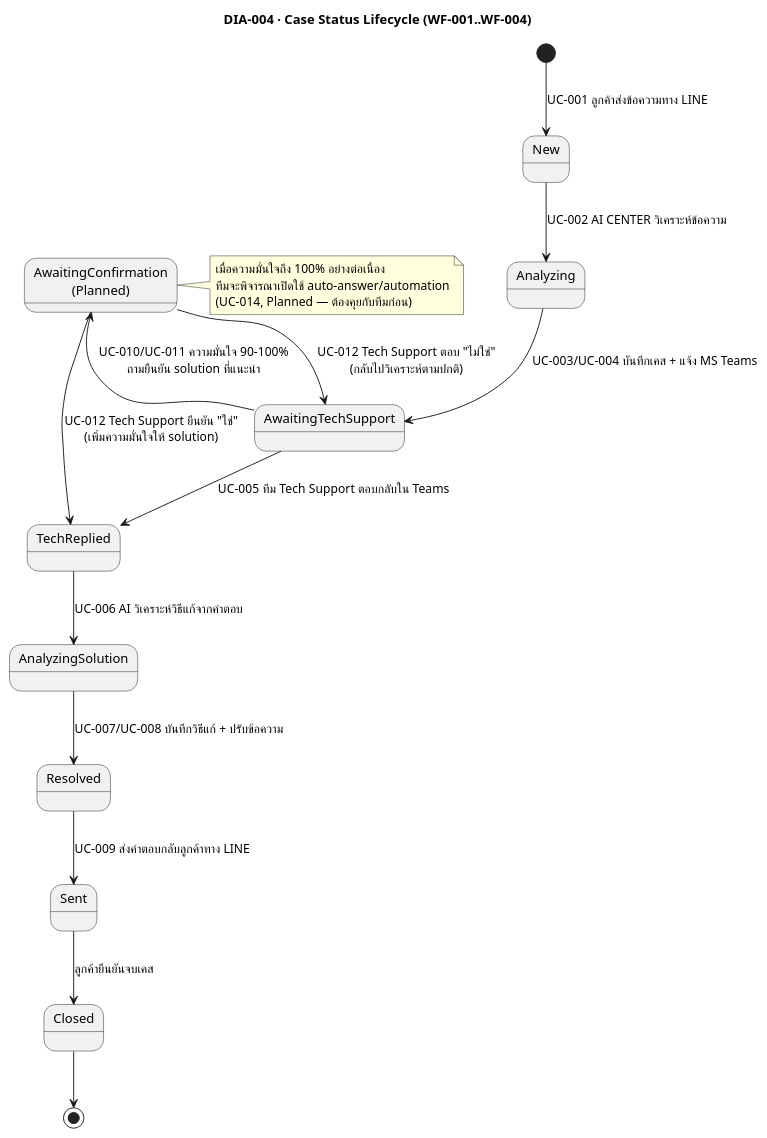
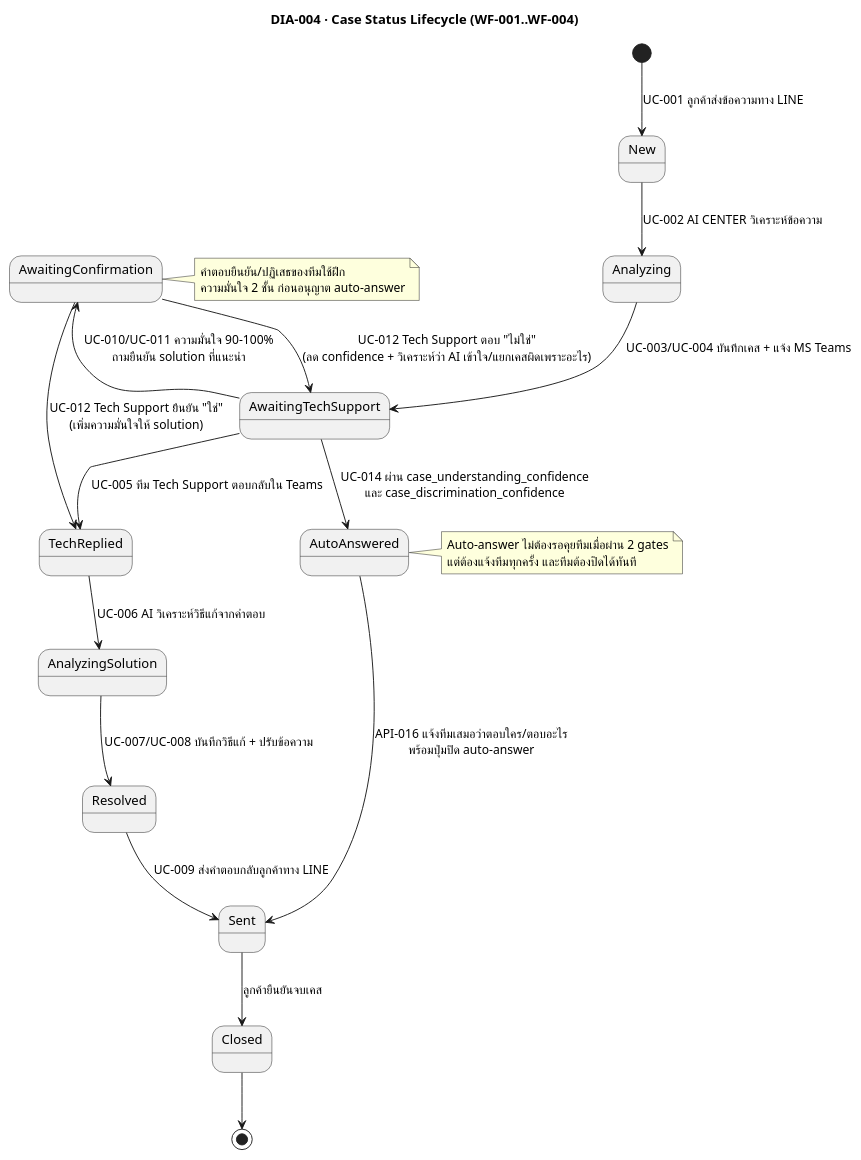
Before and after one commit to develyst1/the-off-ml-project-requirement: the diagram in diagrams/04-case-status-state.puml, drawn with PlantUML. The commit also changed 7 other files, not shown here.

First line of the commit message:
Enhance auto-answer functionality and update documentation

```diff
--- a/diagrams/04-case-status-state.puml
+++ b/diagrams/04-case-status-state.puml
@@ -1,29 +1,36 @@
 @startuml 04-case-status-state
 title DIA-004 · Case Status Lifecycle (WF-001..WF-004)
 skinparam shadowing false
 
 [*] --> New : UC-001 ลูกค้าส่งข้อความทาง LINE
 
 New --> Analyzing : UC-002 AI CENTER วิเคราะห์ข้อความ
 Analyzing --> AwaitingTechSupport : UC-003/UC-004 บันทึกเคส + แจ้ง MS Teams
 
 AwaitingTechSupport --> TechReplied : UC-005 ทีม Tech Support ตอบกลับใน Teams
 TechReplied --> AnalyzingSolution : UC-006 AI วิเคราะห์วิธีแก้จากคำตอบ
 AnalyzingSolution --> Resolved : UC-007/UC-008 บันทึกวิธีแก้ + ปรับข้อความ
 Resolved --> Sent : UC-009 ส่งคำตอบกลับลูกค้าทาง LINE
 Sent --> Closed : ลูกค้ายืนยันจบเคส
 
-state "AwaitingConfirmation\n(Planned)" as AwaitingConfirmation
+state "AwaitingConfirmation" as AwaitingConfirmation
+state "AutoAnswered" as AutoAnswered
 AwaitingTechSupport --> AwaitingConfirmation : UC-010/UC-011 ความมั่นใจ 90-100%\nถามยืนยัน solution ที่แนะนำ
 AwaitingConfirmation --> TechReplied : UC-012 Tech Support ยืนยัน "ใช่"\n(เพิ่มความมั่นใจให้ solution)
-AwaitingConfirmation --> AwaitingTechSupport : UC-012 Tech Support ตอบ "ไม่ใช่"\n(กลับไปวิเคราะห์ตามปกติ)
+AwaitingConfirmation --> AwaitingTechSupport : UC-012 Tech Support ตอบ "ไม่ใช่"\n(ลด confidence + วิเคราะห์ว่า AI เข้าใจ/แยกเคสผิดเพราะอะไร)
+AwaitingTechSupport --> AutoAnswered : UC-014 ผ่าน case_understanding_confidence\nและ case_discrimination_confidence
+AutoAnswered --> Sent : API-016 แจ้งทีมเสมอว่าตอบใคร/ตอบอะไร\nพร้อมปุ่มปิด auto-answer
 
 Closed --> [*]
 
 note right of AwaitingConfirmation
-  เมื่อความมั่นใจถึง 100% อย่างต่อเนื่อง
-  ทีมจะพิจารณาเปิดใช้ auto-answer/automation
-  (UC-014, Planned — ต้องคุยกับทีมก่อน)
+  คำตอบยืนยัน/ปฏิเสธของทีมใช้ฝึก
+  ความมั่นใจ 2 ชั้น ก่อนอนุญาต auto-answer
+end note
+
+note right of AutoAnswered
+  Auto-answer ไม่ต้องรอคุยทีมเมื่อผ่าน 2 gates
+  แต่ต้องแจ้งทีมทุกครั้ง และทีมต้องปิดได้ทันที
 end note
 
 @enduml
```
